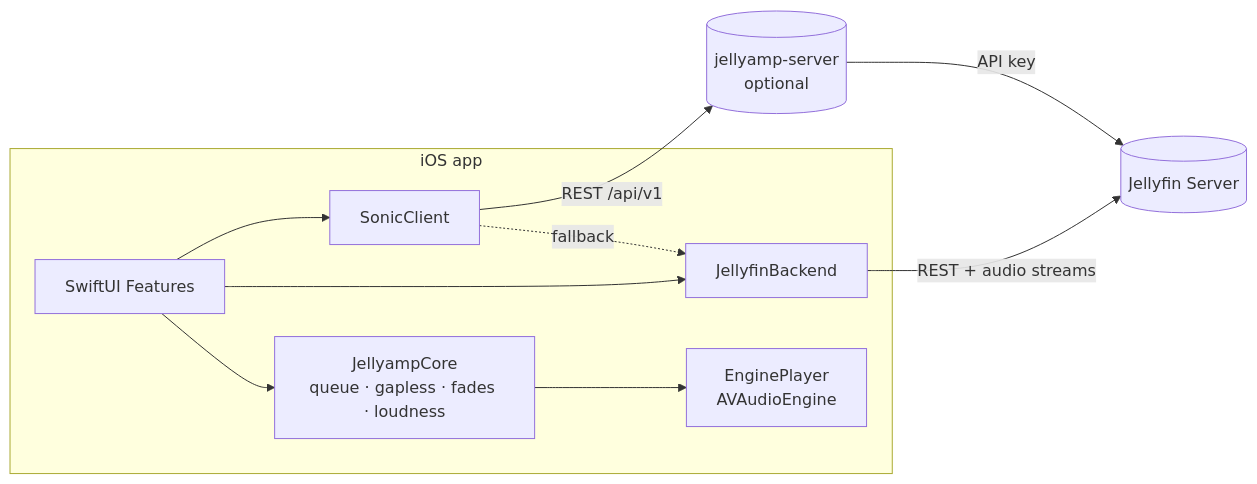
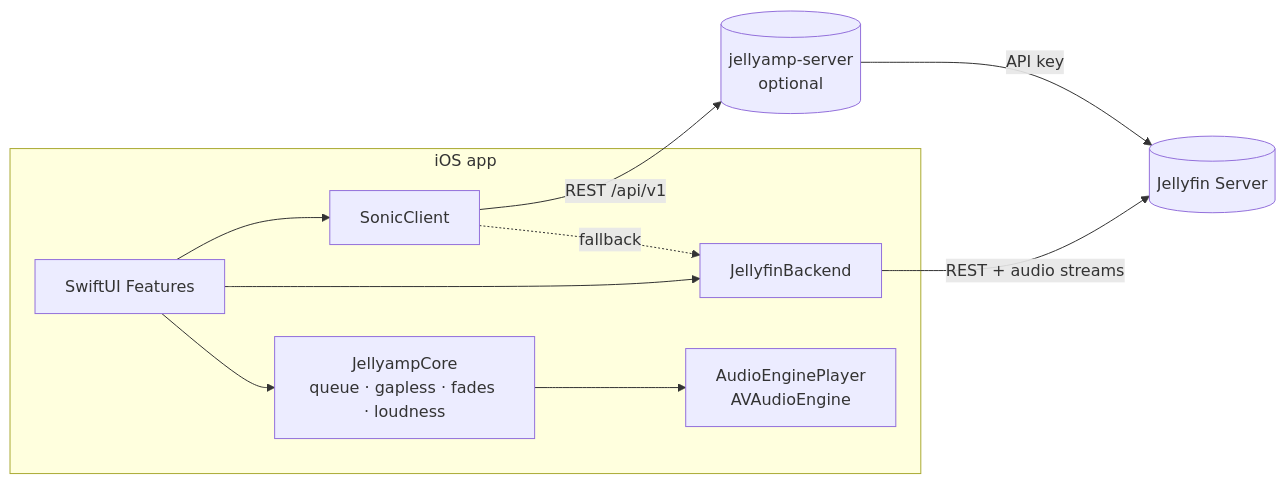
One commit to DJTobi24/jellyamp changed the diagram in docs/ARCHITECTURE.md. Above: the diagram before and after it, drawn with Mermaid. The commit also changed other lines of this file, not shown here.

First line of the commit message:
ARCHITECTURE: session lifecycle, offline routing, no GRDB

````diff
--- a/docs/ARCHITECTURE.md
+++ b/docs/ARCHITECTURE.md
@@ -9,13 +9,13 @@
 ```mermaid
 flowchart LR
     subgraph iOS app
         UI[SwiftUI Features] --> Core[JellyampCore<br/>queue · gapless · fades · loudness]
         UI --> JB[JellyfinBackend]
         UI --> SC[SonicClient]
-        Core --> Engine[EnginePlayer<br/>AVAudioEngine]
+        Core --> Engine[AudioEnginePlayer<br/>AVAudioEngine]
     end
     JB -->|REST + audio streams| JF[(Jellyfin Server)]
     SC -->|REST /api/v1| JS[(jellyamp-server<br/>optional)]
     SC -.fallback.-> JB
     JS -->|API key| JF
 ```
````
